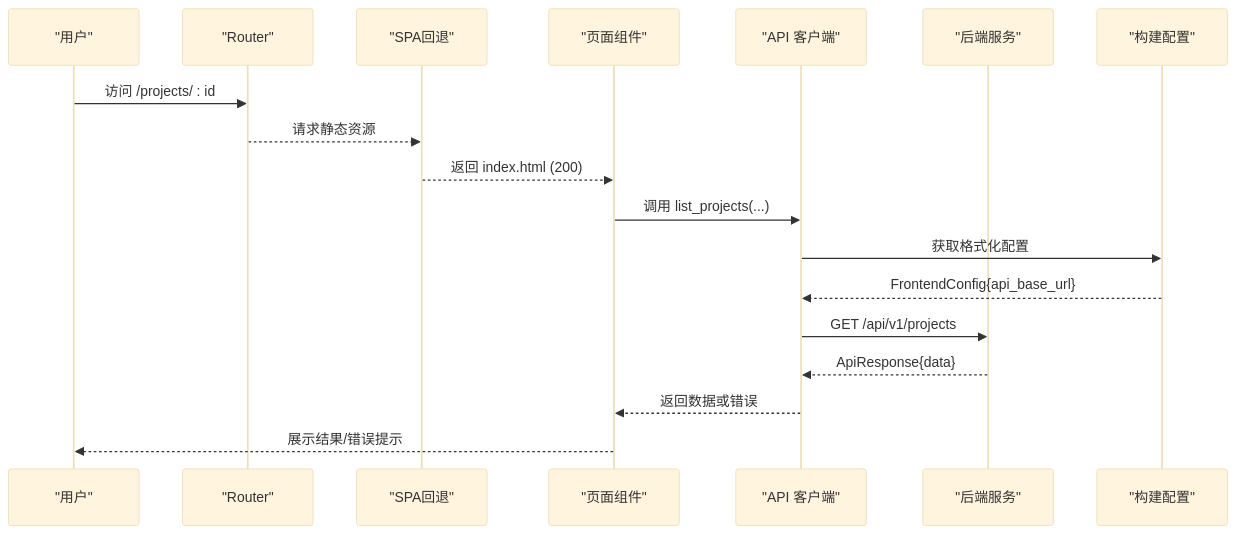
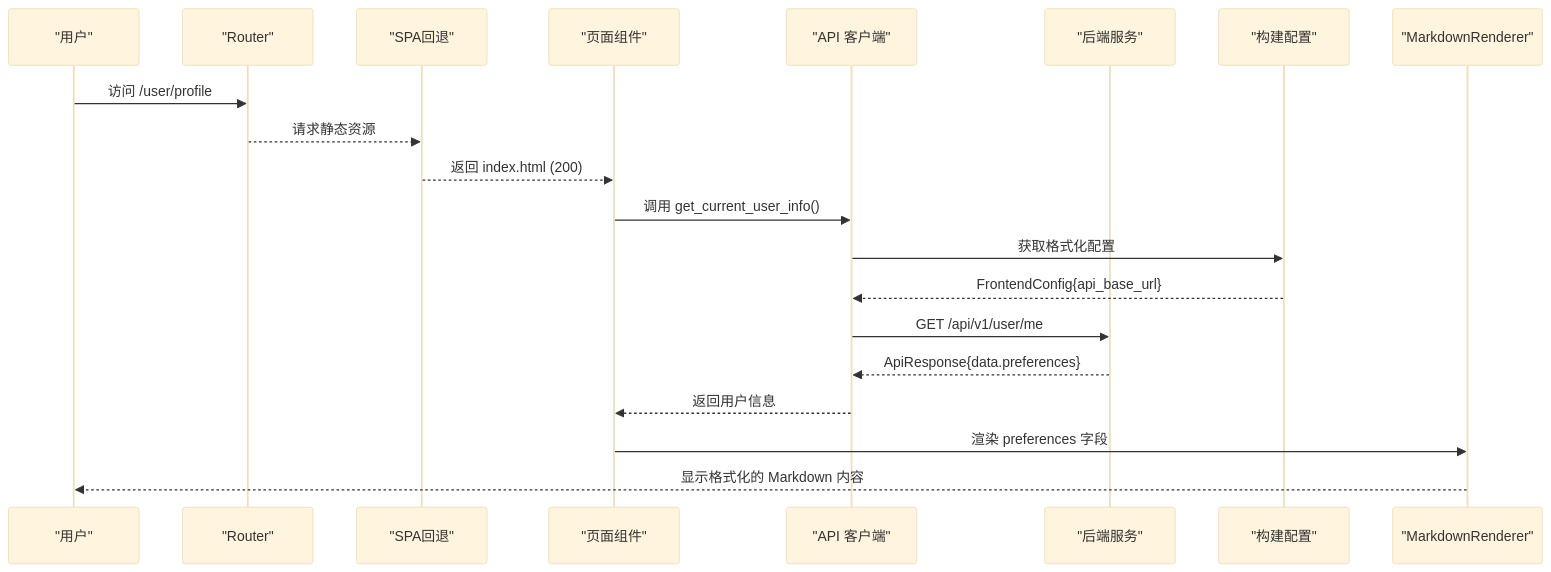
Before and after one commit to runningcoders/ai_orz: the second of 14 diagrams in .qoder/repowiki/zh/content/前端应用/前端应用.md, drawn with Mermaid (base theme). The commit also changed other lines of this file and 5 other files, not shown here.

````diff
--- a/.qoder/repowiki/zh/content/前端应用/前端应用.md
+++ b/.qoder/repowiki/zh/content/前端应用/前端应用.md
@@ -132,20 +143,22 @@
 ```mermaid
 sequenceDiagram
 participant U as "用户"
 participant R as "Router"
 participant S as "SPA回退"
 participant P as "页面组件"
 participant A as "API 客户端"
 participant B as "后端服务"
 participant BC as "构建配置"
-U->>R : 访问 /projects/ : id
+participant MR as "MarkdownRenderer"
+U->>R : 访问 /user/profile
 R-->>S : 请求静态资源
 S-->>P : 返回 index.html (200)
-P->>A : 调用 list_projects(...)
+P->>A : 调用 get_current_user_info()
 A->>BC : 获取格式化配置
 BC-->>A : FrontendConfig{api_base_url}
-A->>B : GET /api/v1/projects
-B-->>A : ApiResponse{data}
-A-->>P : 返回数据或错误
-P-->>U : 展示结果/错误提示
+A->>B : GET /api/v1/user/me
+B-->>A : ApiResponse{data.preferences}
+A-->>P : 返回用户信息
+P->>MR : 渲染 preferences 字段
+MR-->>U : 显示格式化的 Markdown 内容
 ```
````
